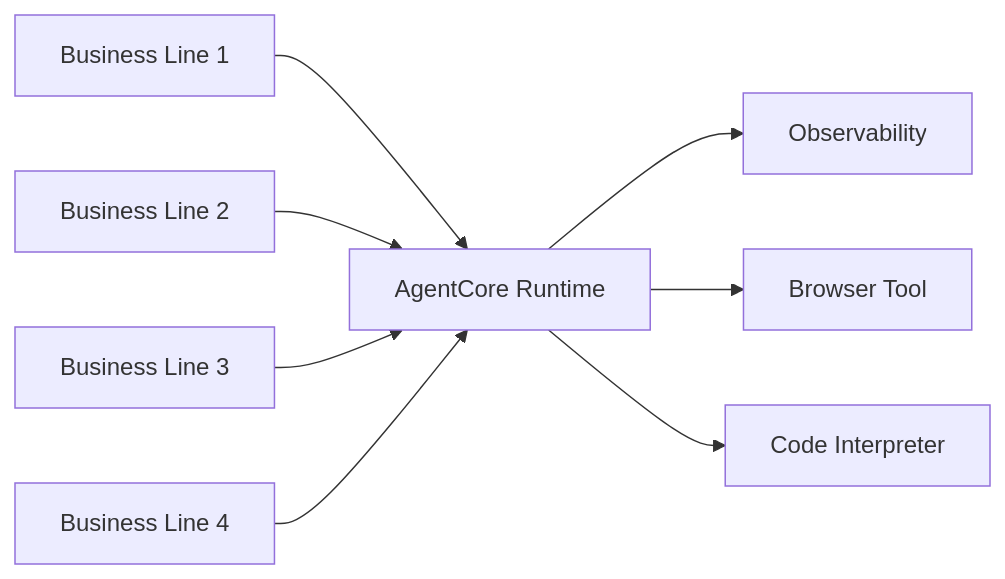
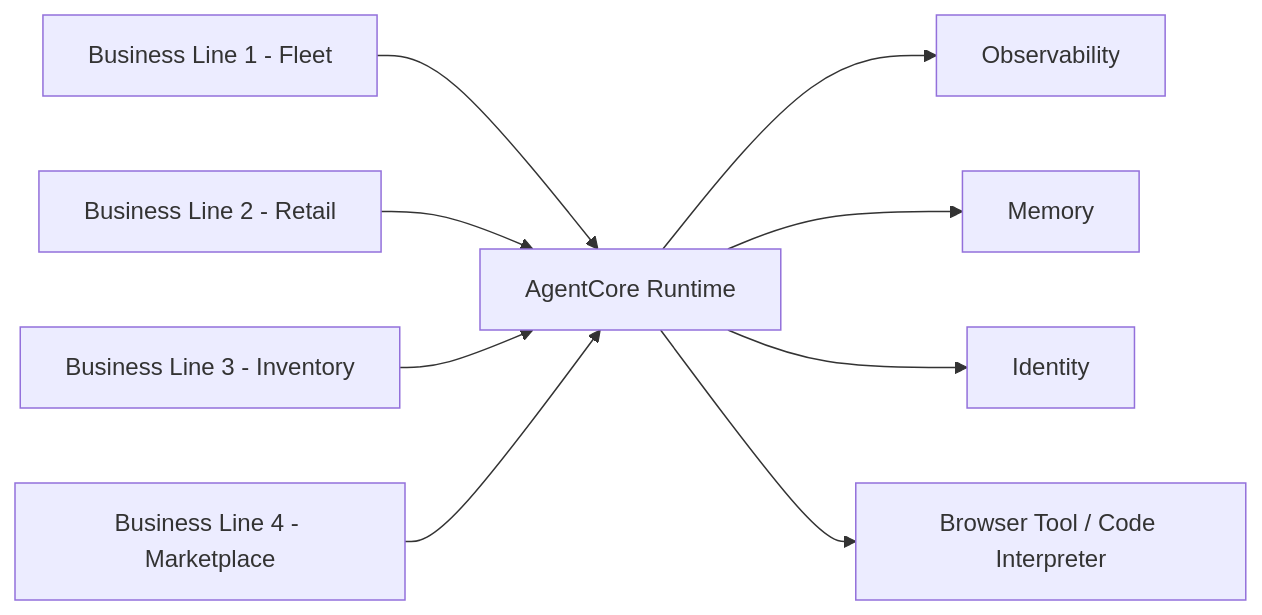
One commit to aws-samples/sample-ac-central changed the diagram in docs/docs/customer/external/cox-automotive.mdx. Above: the diagram before and after it, drawn with Mermaid. The commit also changed other lines of this file and 9 other files, not shown here.

````diff
--- a/docs/docs/customer/external/cox-automotive.mdx
+++ b/docs/docs/customer/external/cox-automotive.mdx
@@ -15,10 +67,11 @@
 ```mermaid
 flowchart LR
-    A[Business Line 1] --> E[AgentCore Runtime]
-    B[Business Line 2] --> E
-    C[Business Line 3] --> E
-    D[Business Line 4] --> E
+    A[Business Line 1 - Fleet] --> E[AgentCore Runtime]
+    B[Business Line 2 - Retail] --> E
+    C[Business Line 3 - Inventory] --> E
+    D[Business Line 4 - Marketplace] --> E
     E --> F[Observability]
-    E --> G[Browser Tool]
-    E --> H[Code Interpreter]
+    E --> G[Memory]
+    E --> H[Identity]
+    E --> I[Browser Tool / Code Interpreter]
 ```
````
